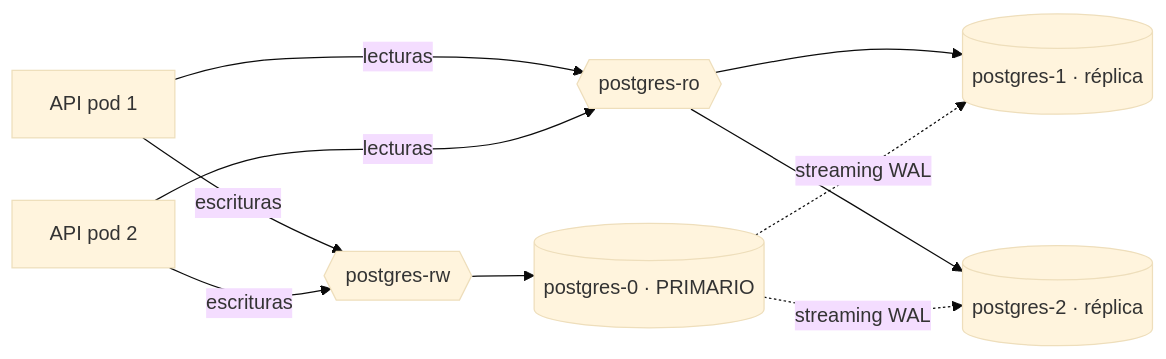
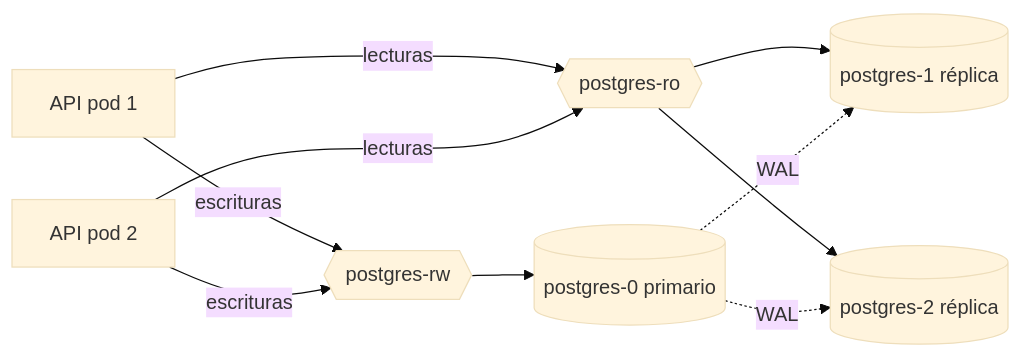
The second of 2 diagrams in README.md (jArango82/Sistemas-distribuidos-parcial-2), drawn with Mermaid (base theme) before and after one commit. The commit also changed other lines of this file and 12 other files, not shown here.

````diff
--- a/README.md
+++ b/README.md
@@ -593,8 +379,8 @@
 ```mermaid
 flowchart LR
     A1[API pod 1] & A2[API pod 2] -->|escrituras| RW{{postgres-rw}}
     A1 & A2 -->|lecturas| RO{{postgres-ro}}
-    RW --> P[(postgres-0 · PRIMARIO)]
-    RO --> R1[(postgres-1 · réplica)] & R2[(postgres-2 · réplica)]
-    P -. streaming WAL .-> R1 & R2
+    RW --> P[(postgres-0 primario)]
+    RO --> R1[(postgres-1 réplica)] & R2[(postgres-2 réplica)]
+    P -. WAL .-> R1 & R2
 ```
````
